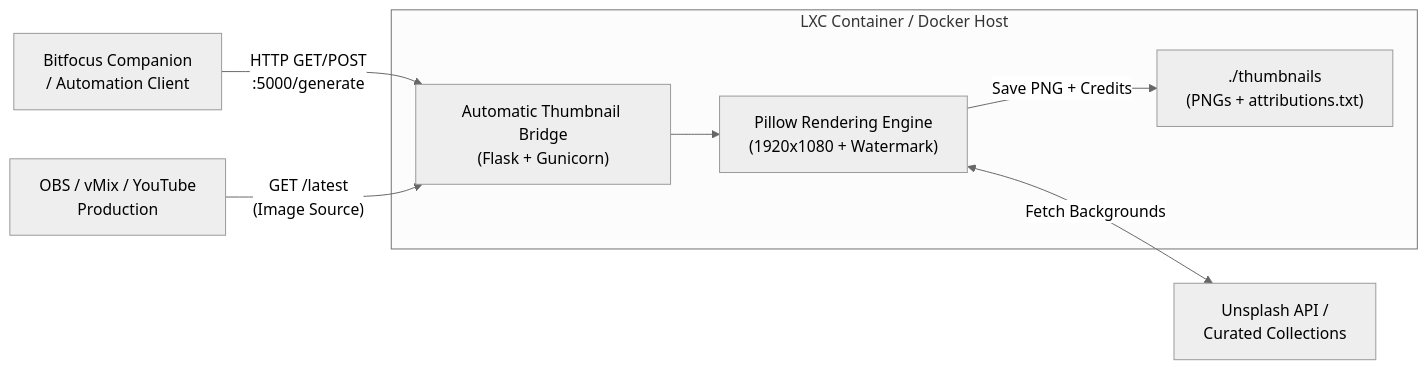
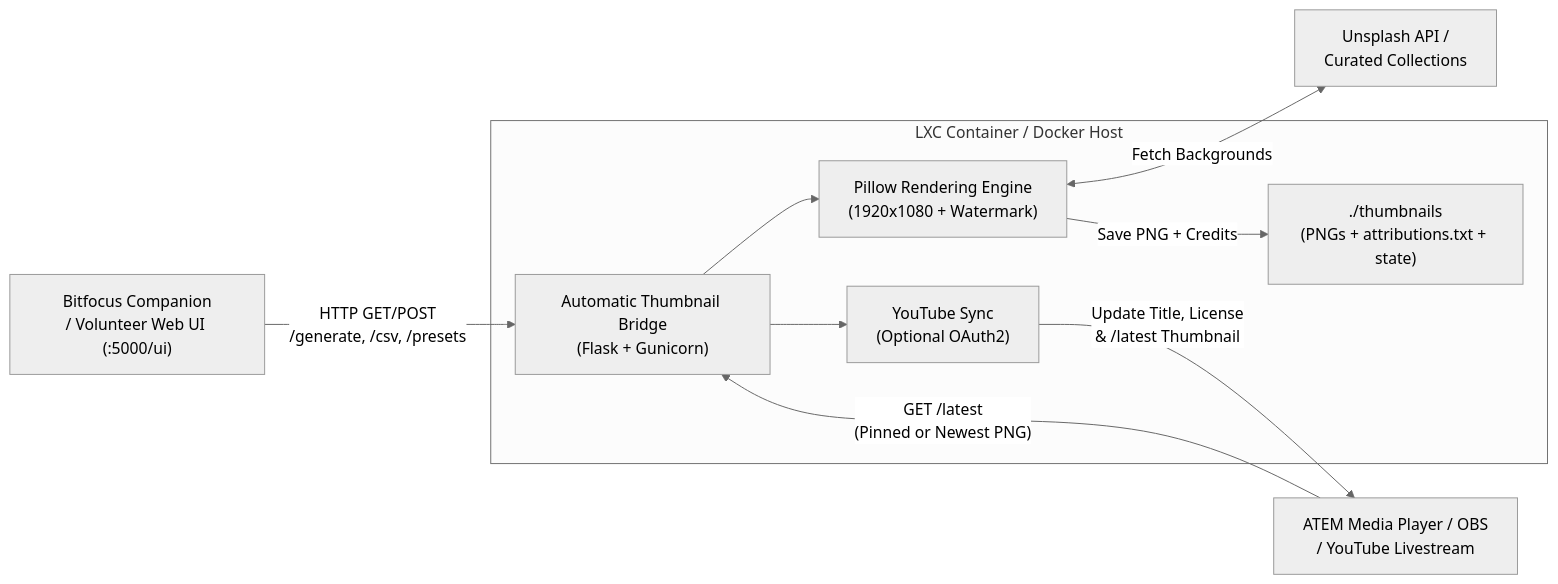
One commit to iglesia-adventista-sagunto/thumbnail-companion-bridge changed the diagram in README.md. Above: the diagram before and after it, drawn with Mermaid (neutral theme). The commit also changed other lines of this file and 7 other files, not shown here.

````diff
--- a/README.md
+++ b/README.md
@@ -15,17 +15,20 @@
 ```mermaid
 flowchart LR
-    client["Bitfocus Companion<br/>/ Automation Client"]
-    obs["OBS / vMix / YouTube<br/>Production"]
+    client["Bitfocus Companion<br/>/ Volunteer Web UI (:5000/ui)"]
+    obs["ATEM Media Player / OBS<br/>/ YouTube Livestream"]
     subgraph appliance["LXC Container / Docker Host"]
         bridge["Automatic Thumbnail Bridge<br/>(Flask + Gunicorn)"]
         engine["Pillow Rendering Engine<br/>(1920x1080 + Watermark)"]
-        storage["./thumbnails<br/>(PNGs + attributions.txt)"]
+        yt["YouTube Sync<br/>(Optional OAuth2)"]
+        storage["./thumbnails<br/>(PNGs + attributions.txt + state)"]
     end
     unsplash["Unsplash API /<br/>Curated Collections"]
 
-    client -->|"HTTP GET/POST<br/>:5000/generate"| bridge
+    client -->|"HTTP GET/POST<br/>/generate, /csv, /presets"| bridge
     bridge --> engine
+    bridge --> yt
     engine <-->|"Fetch Backgrounds"| unsplash
     engine -->|"Save PNG + Credits"| storage
-    obs -->|"GET /latest<br/>(Image Source)"| bridge
+    obs -->|"GET /latest<br/>(Pinned or Newest PNG)"| bridge
+    yt -->|"Update Title, License<br/>& /latest Thumbnail"| obs
 ```
````
